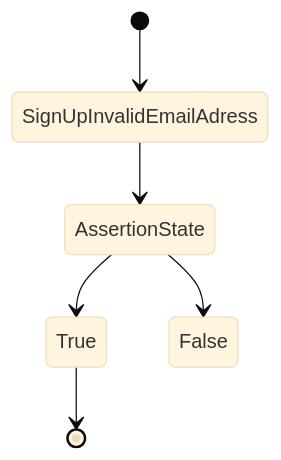
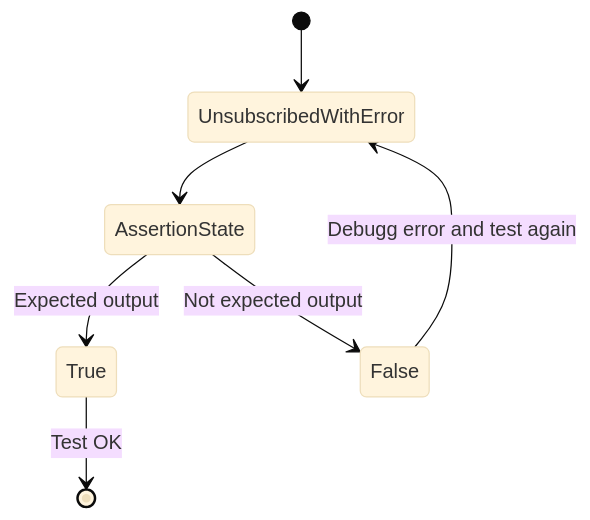
Before and after one commit to Emsaso/GetNews: diagram 12 of 12 in model/TestModel.md, drawn with Mermaid (base theme). The commit also changed other lines of this file, not shown here.

````diff
--- a/model/TestModel.md
+++ b/model/TestModel.md
@@ -207,10 +216,11 @@
 ```mermaid
 stateDiagram-v2
-    [*] --> SignUpInvalidEmailAdress
-        SignUpInvalidEmailAdress --> AssertionState
+    [*] --> UnsubscribedWithError
+        UnsubscribedWithError --> AssertionState
         
-        AssertionState --> True
-        AssertionState --> False
-        True --> [*]
-        False
+        AssertionState --> True:Expected output
+        AssertionState --> False:Not expected output
+        
+        True --> [*]:Test OK
+        False --> UnsubscribedWithError:Debugg error and test again
 ```
````
